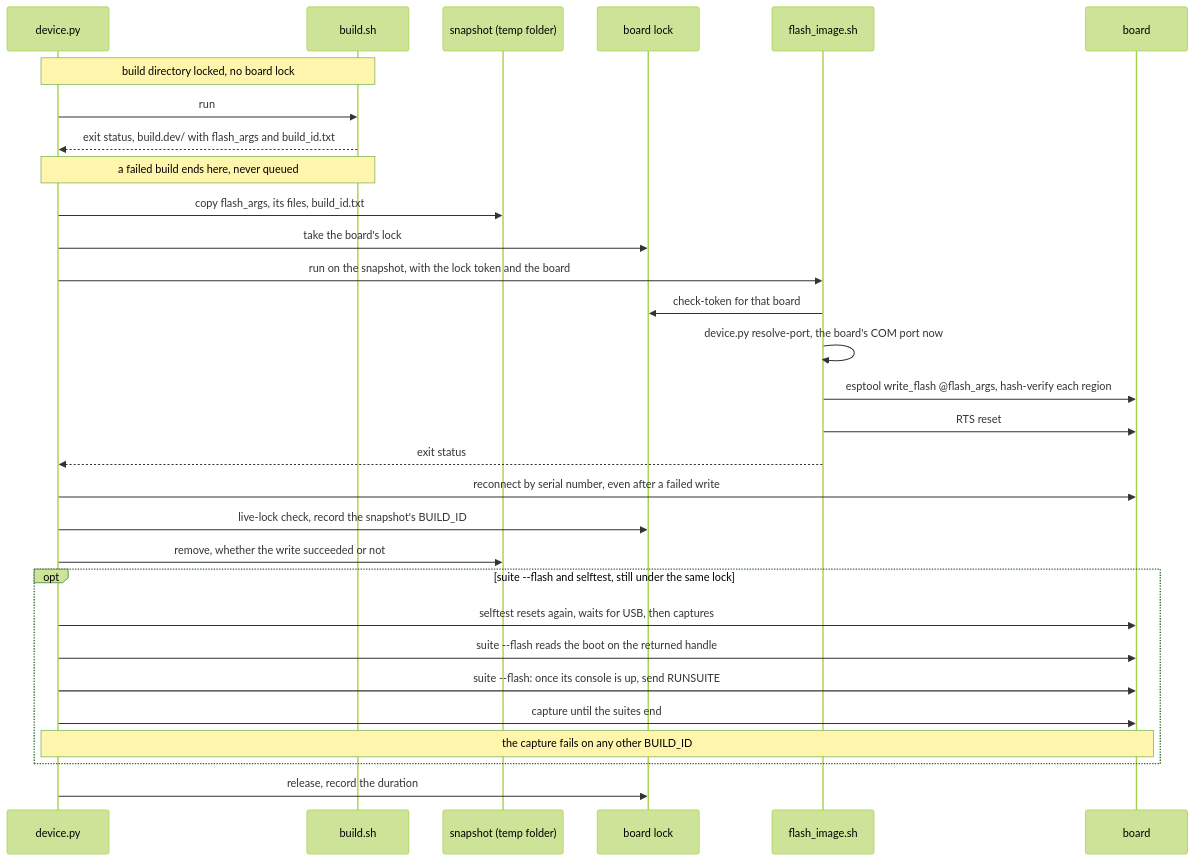
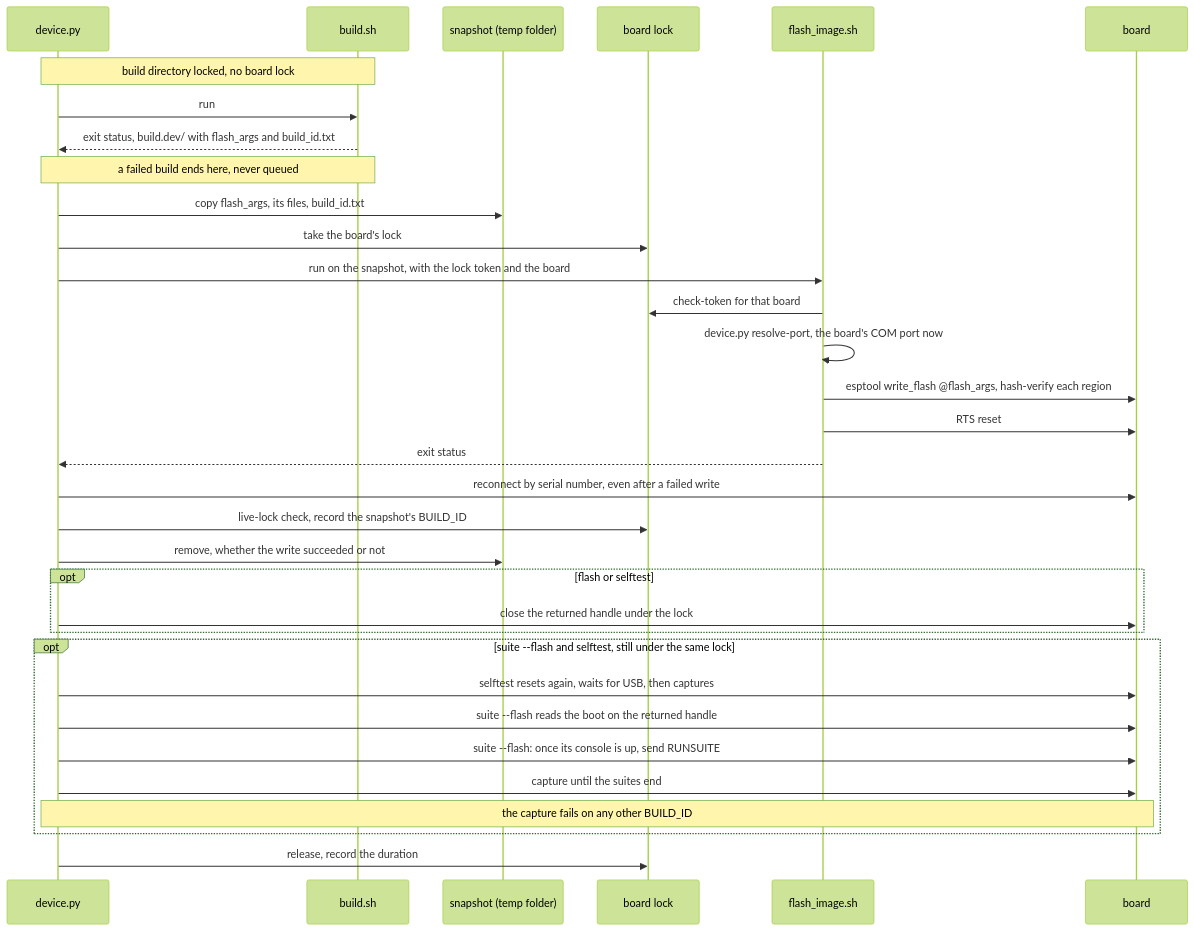
Before and after one commit to jose-villegas/autana: the diagram in docs/tools/Flash-and-Captures.md, drawn with Mermaid (forest theme). The commit also changed other lines of this file and 4 other files, not shown here.

````diff
--- a/docs/tools/Flash-and-Captures.md
+++ b/docs/tools/Flash-and-Captures.md
@@ -41,33 +41,36 @@
 ```mermaid
 sequenceDiagram
     participant Dev as device.py
     participant Build as build.sh
     participant Snap as snapshot (temp folder)
     participant Lock as board lock
     participant Sh as flash_image.sh
     participant Board as board
 
     Note over Dev,Build: build directory locked, no board lock
     Dev->>Build: run
     Build-->>Dev: exit status, build.dev/ with flash_args and build_id.txt
     Note over Dev,Build: a failed build ends here, never queued
     Dev->>Snap: copy flash_args, its files, build_id.txt
     Dev->>Lock: take the board's lock
     Dev->>Sh: run on the snapshot, with the lock token and the board
     Sh->>Lock: check-token for that board
     Sh->>Sh: device.py resolve-port, the board's COM port now
     Sh->>Board: esptool write_flash @flash_args, hash-verify each region
     Sh->>Board: RTS reset
     Sh-->>Dev: exit status
     Dev->>Board: reconnect by serial number, even after a failed write
     Dev->>Lock: live-lock check, record the snapshot's BUILD_ID
     Dev->>Snap: remove, whether the write succeeded or not
+    opt flash or selftest
+        Dev->>Board: close the returned handle under the lock
+    end
     opt suite --flash and selftest, still under the same lock
         Dev->>Board: selftest resets again, waits for USB, then captures
         Dev->>Board: suite --flash reads the boot on the returned handle
         Dev->>Board: suite --flash: once its console is up, send RUNSUITE
         Dev->>Board: capture until the suites end
         Note over Dev,Board: the capture fails on any other BUILD_ID
     end
     Dev->>Lock: release, record the duration
 ```
````
